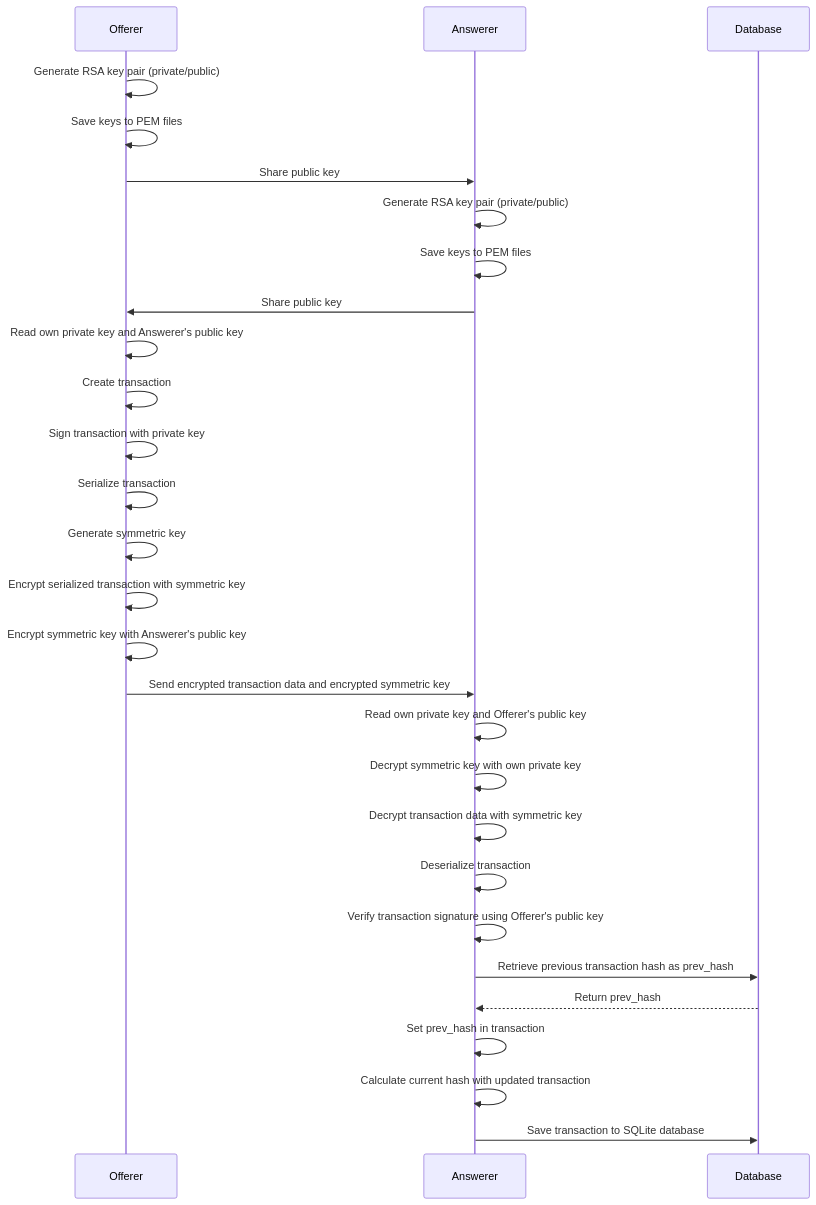
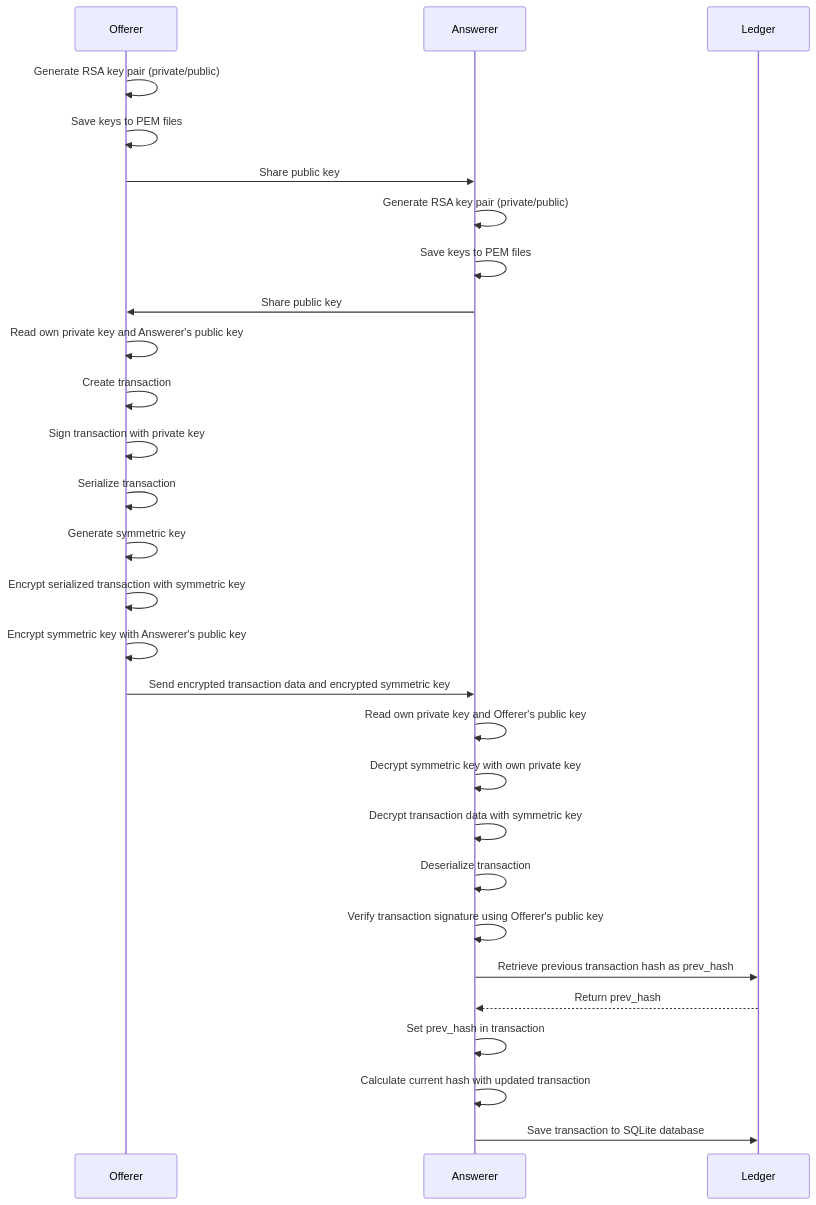
One commit to tanminkwan/-change-ledger changed the diagram in README.md. Above: the diagram before and after it, drawn with Mermaid.

````diff
--- a/README.md
+++ b/README.md
@@ -28,34 +28,34 @@
 ```mermaid
 sequenceDiagram
     participant Offerer
     participant Answerer
-    participant Database
+    participant Ledger
 
     Offerer->>Offerer: Generate RSA key pair (private/public)
     Offerer->>Offerer: Save keys to PEM files
     Offerer->>Answerer: Share public key
     Answerer->>Answerer: Generate RSA key pair (private/public)
     Answerer->>Answerer: Save keys to PEM files
     Answerer->>Offerer: Share public key
     
     Offerer->>Offerer: Read own private key and Answerer's public key
     Offerer->>Offerer: Create transaction
     Offerer->>Offerer: Sign transaction with private key
     Offerer->>Offerer: Serialize transaction
     Offerer->>Offerer: Generate symmetric key
     Offerer->>Offerer: Encrypt serialized transaction with symmetric key
     Offerer->>Offerer: Encrypt symmetric key with Answerer's public key
     Offerer->>Answerer: Send encrypted transaction data and encrypted symmetric key
     
     Answerer->>Answerer: Read own private key and Offerer's public key
     Answerer->>Answerer: Decrypt symmetric key with own private key
     Answerer->>Answerer: Decrypt transaction data with symmetric key
     Answerer->>Answerer: Deserialize transaction
     Answerer->>Answerer: Verify transaction signature using Offerer's public key
     
-    Answerer->>Database: Retrieve previous transaction hash as prev_hash
-    Database-->>Answerer: Return prev_hash
+    Answerer->>Ledger: Retrieve previous transaction hash as prev_hash
+    Ledger-->>Answerer: Return prev_hash
     Answerer->>Answerer: Set prev_hash in transaction
     Answerer->>Answerer: Calculate current hash with updated transaction
-    Answerer->>Database: Save transaction to SQLite database
+    Answerer->>Ledger: Save transaction to SQLite database
 ```
````
